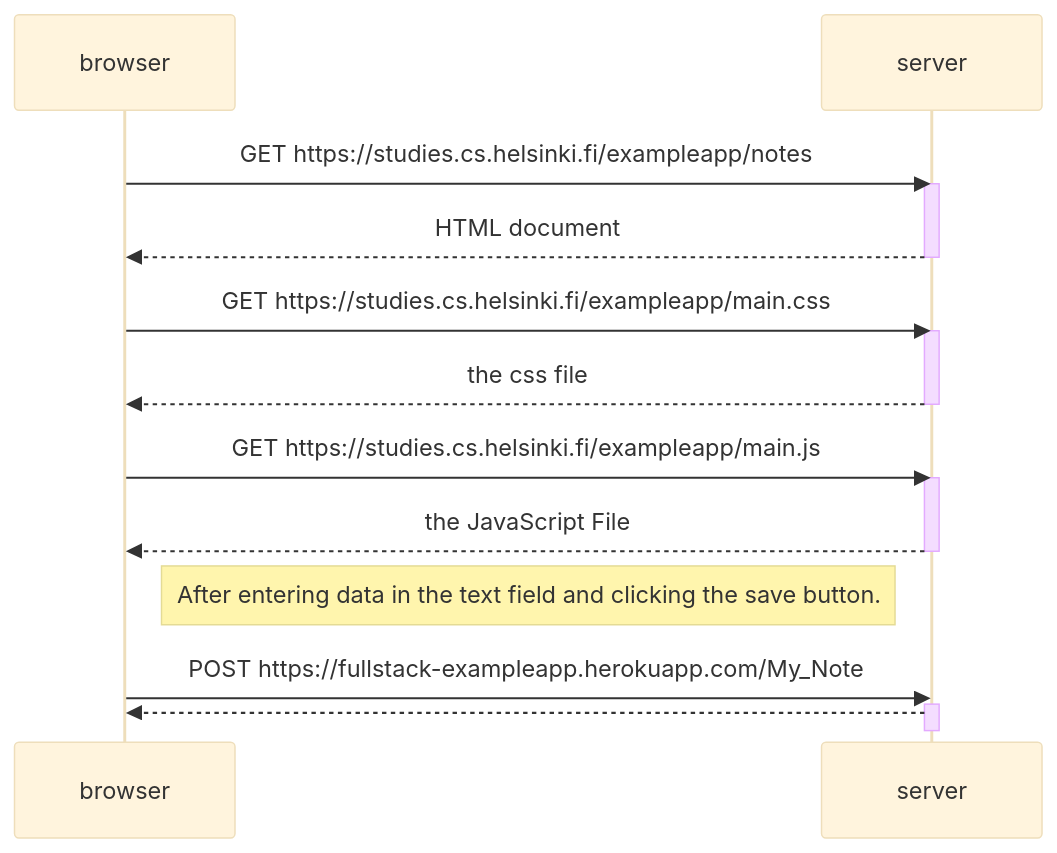
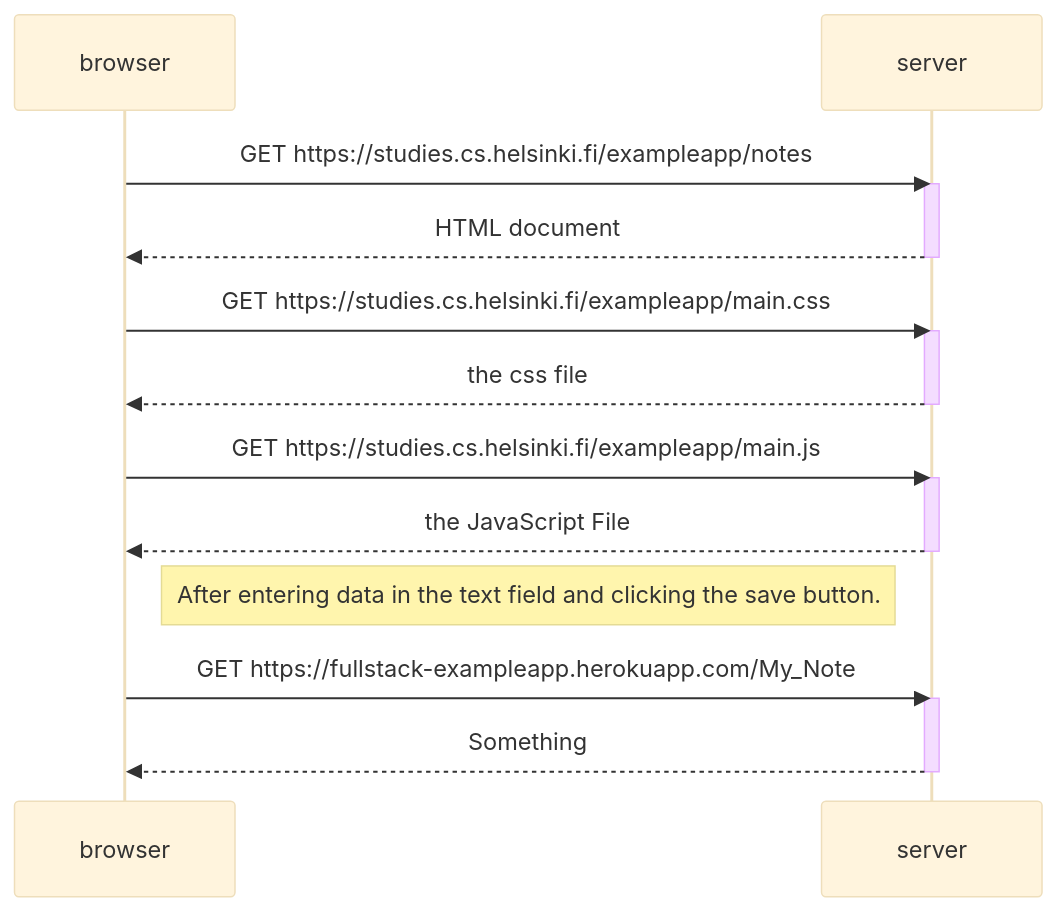
The diagram in part0/exercise 0.4.md (RachitReserk/Fullstack), drawn with Mermaid (base theme) before and after one commit.

Commit message:
Update exercise 0.4.md

````diff
--- a/part0/exercise 0.4.md
+++ b/part0/exercise 0.4.md
@@ -1,29 +1,29 @@
 ```mermaid
 
 sequenceDiagram
     participant browser
     participant server
 
 browser->>server: GET https://studies.cs.helsinki.fi/exampleapp/notes
 activate server
 server-->>browser: HTML document
 deactivate server
 
 browser->>server: GET https://studies.cs.helsinki.fi/exampleapp/main.css
 activate server
 server-->>browser: the css file
 deactivate server
 
 browser ->>server: GET https://studies.cs.helsinki.fi/exampleapp/main.js
 activate server
 server -->>browser: the JavaScript File
 deactivate server
 
 Note right of browser: After entering data in the text field and clicking the save button.
 
-browser ->>server: POST https://fullstack-exampleapp.herokuapp.com/My_Note
+browser ->>server: GET https://fullstack-exampleapp.herokuapp.com/My_Note
 activate server
-server-->>browser:
+server-->>browser: Something
 deactivate server
 
 ```
````
